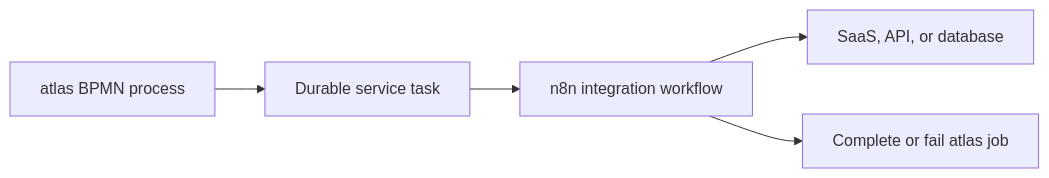
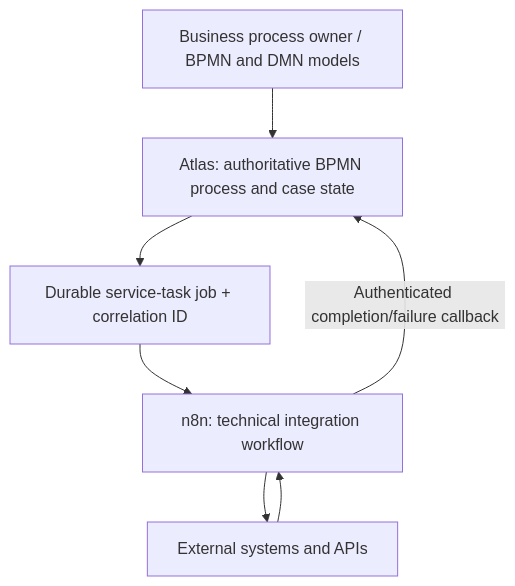
The diagram in docs/comparisons/n8n.md (pblumer/atlas), drawn with Mermaid before and after one commit. The commit also changed other lines of this file, not shown here.

Commit message:
docs: reframe n8n comparison as enterprise architecture decision guide

````diff
--- a/docs/comparisons/n8n.md
+++ b/docs/comparisons/n8n.md
@@ -408,7 +398,14 @@
 ```mermaid
-flowchart LR
-    A["atlas BPMN process"] --> B["Durable service task"]
-    B --> C["n8n integration workflow"]
-    C --> D["SaaS, API, or database"]
-    C --> E["Complete or fail atlas job"]
+flowchart TB
+    P["Business process owner / BPMN and DMN models"]
+    A["Atlas: authoritative BPMN process and case state"]
+    J["Durable service-task job + correlation ID"]
+    N["n8n: technical integration workflow"]
+    X["External systems and APIs"]
+    P --> A
+    A --> J
+    J --> N
+    N --> X
+    X --> N
+    N -->|"Authenticated completion/failure callback"|A
 ```
````
